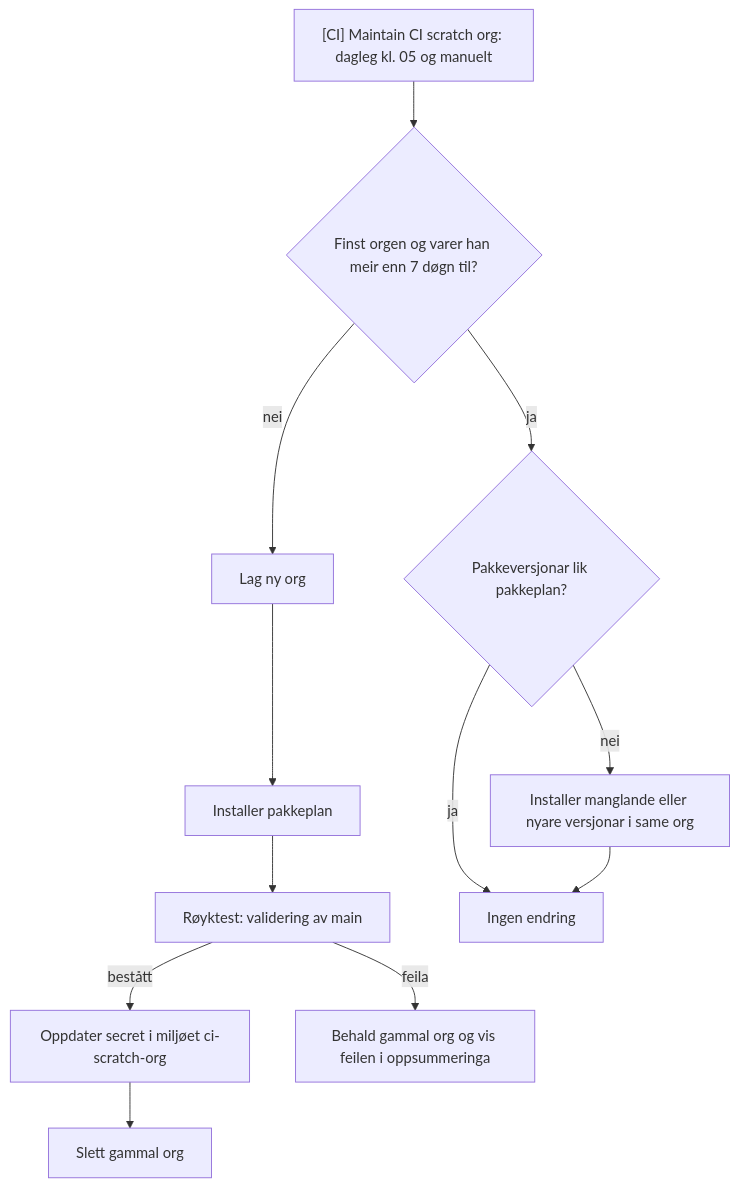
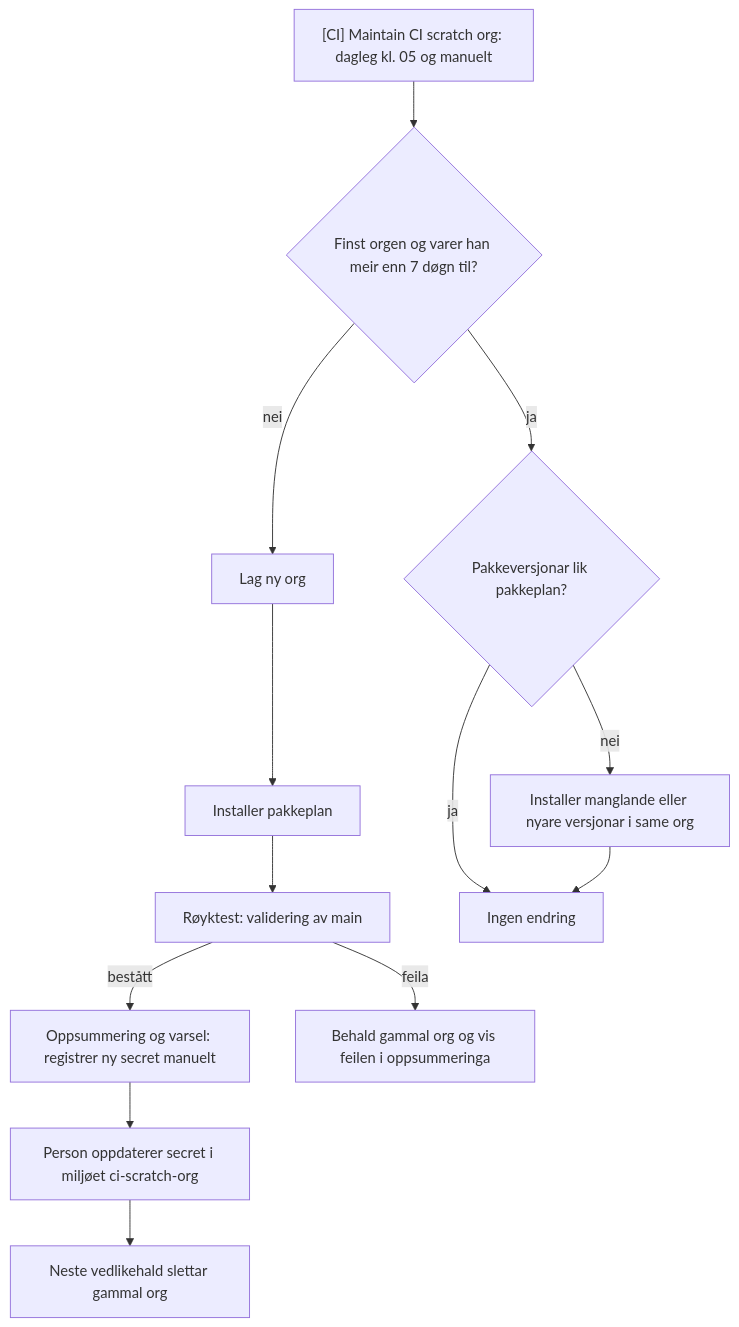
One commit to navikt/crm-arbeidsforhold changed the fourth of 4 diagrams in .github/specs/reusable-scratch-org-pr-validation.md. Above: the diagram before and after it, drawn with Mermaid. The commit also changed other lines of this file, not shown here.

````diff
--- a/.github/specs/reusable-scratch-org-pr-validation.md
+++ b/.github/specs/reusable-scratch-org-pr-validation.md
@@ -112,14 +123,15 @@
 ```mermaid
 flowchart TD
     start["[CI] Maintain CI scratch org: dagleg kl. 05 og manuelt"] --> fresh{"Finst orgen og varer han meir enn 7 døgn til?"}
     fresh -->|nei| create["Lag ny org"]
     create --> install["Installer pakkeplan"]
     install --> smoke["Røyktest: validering av main"]
-    smoke -->|bestått| secret["Oppdater secret i miljøet ci-scratch-org"]
-    secret --> remove["Slett gammal org"]
+    smoke -->|bestått| notify["Oppsummering og varsel: registrer ny secret manuelt"]
+    notify --> secret["Person oppdaterer secret i miljøet ci-scratch-org"]
+    secret --> remove["Neste vedlikehald slettar gammal org"]
     smoke -->|feila| keep["Behald gammal org og vis feilen i oppsummeringa"]
     fresh -->|ja| plan{"Pakkeversjonar lik pakkeplan?"}
     plan -->|ja| unchanged["Ingen endring"]
     plan -->|nei| upgrade["Installer manglande eller nyare versjonar i same org"]
     upgrade --> unchanged
 ```
````
